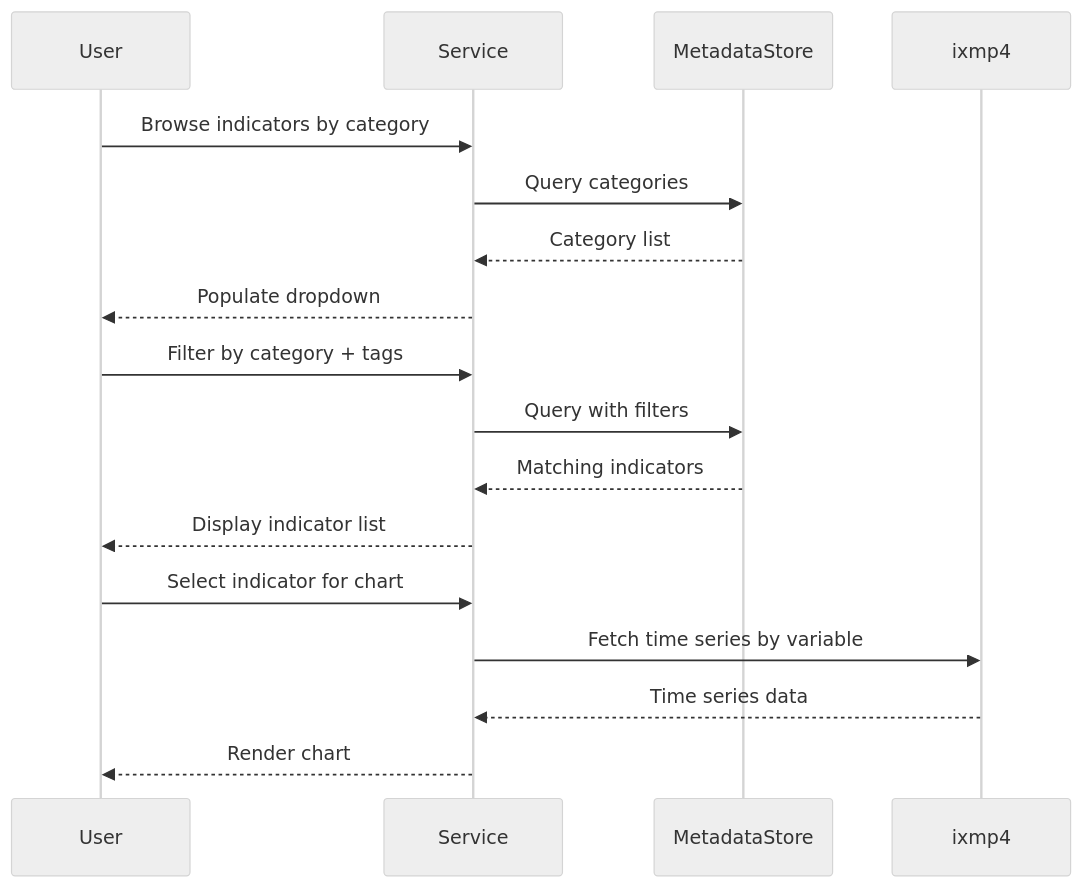
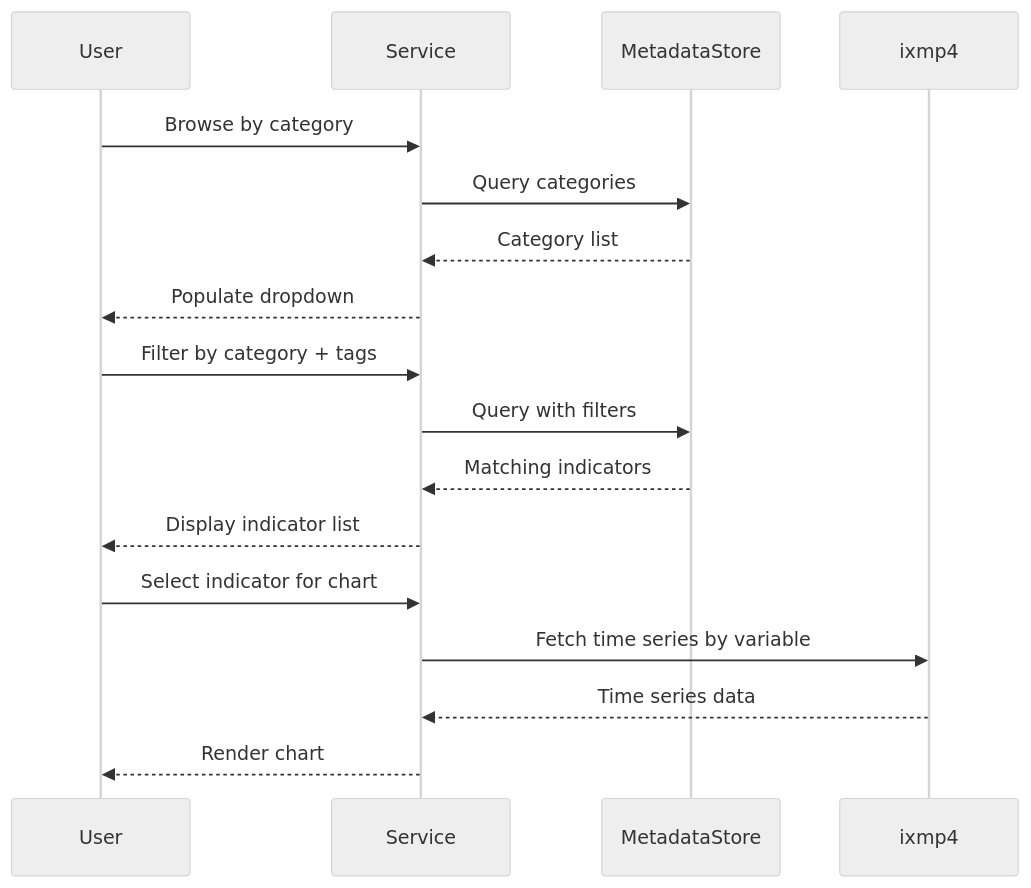
Before and after one commit to upbeat-works/provide: the fourth of 5 diagrams in plan/TECHNICAL_PLAN.md, drawn with Mermaid (neutral theme). The commit also changed other lines of this file, not shown here.

````diff
--- a/plan/TECHNICAL_PLAN.md
+++ b/plan/TECHNICAL_PLAN.md
@@ -515,22 +223,22 @@
 ```mermaid
 sequenceDiagram
     participant User
     participant Service
     participant MetadataStore
     participant ixmp4
 
-    User->>Service: Browse indicators by category
+    User->>Service: Browse by category
     Service->>MetadataStore: Query categories
     MetadataStore-->>Service: Category list
     Service-->>User: Populate dropdown
 
     User->>Service: Filter by category + tags
     Service->>MetadataStore: Query with filters
     MetadataStore-->>Service: Matching indicators
     Service-->>User: Display indicator list
 
     User->>Service: Select indicator for chart
     Service->>ixmp4: Fetch time series by variable
     ixmp4-->>Service: Time series data
     Service-->>User: Render chart
 ```
````
